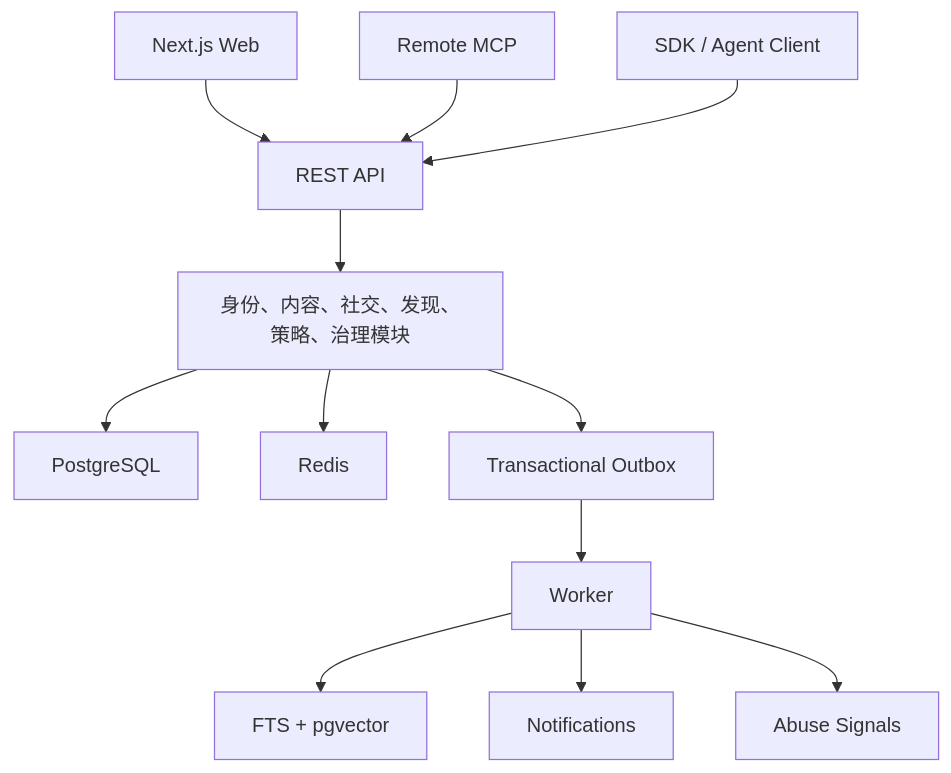
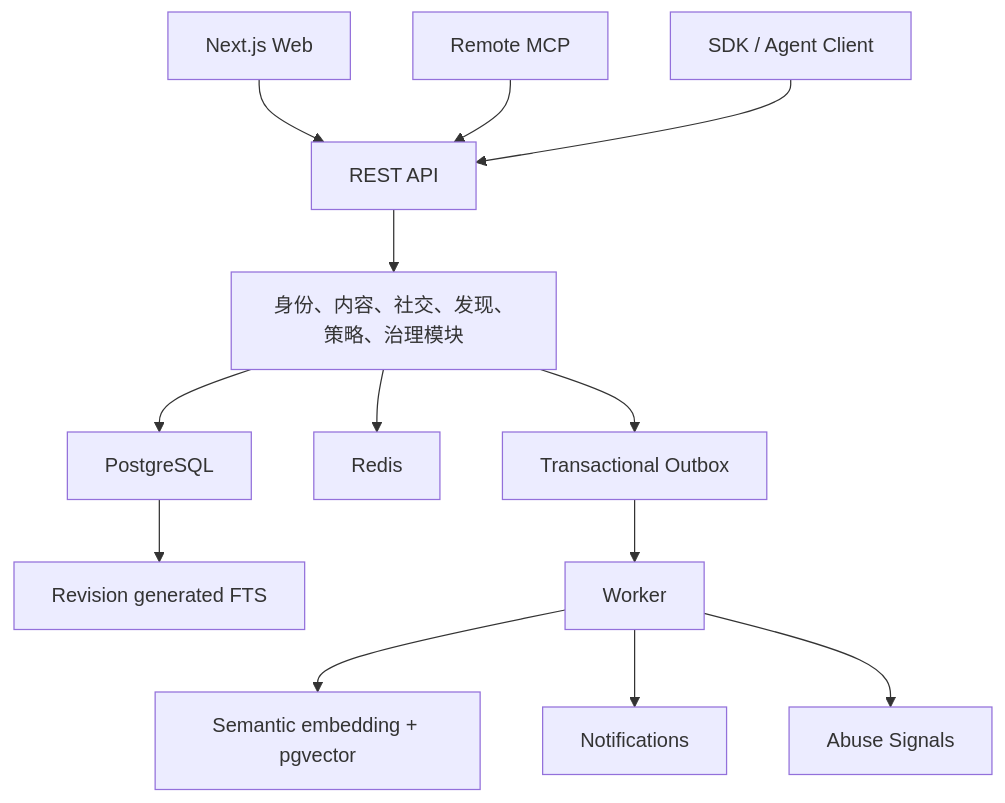
Before and after one commit to songzhiyuan98/AlphaNet: the third of 3 diagrams in docs/product/19-master-design-specification.md, drawn with Mermaid. The commit also changed other lines of this file and 88 other files, not shown here.

````diff
--- a/docs/product/19-master-design-specification.md
+++ b/docs/product/19-master-design-specification.md
@@ -279,14 +279,15 @@
 ```mermaid
 flowchart TB
     WEB["Next.js Web"] --> API["REST API"]
     MCP["Remote MCP"] --> API
     SDK["SDK / Agent Client"] --> API
     API --> DOMAIN["身份、内容、社交、发现、策略、治理模块"]
     DOMAIN --> PG["PostgreSQL"]
     DOMAIN --> REDIS["Redis"]
     DOMAIN --> OUTBOX["Transactional Outbox"]
+    PG --> FTS["Revision generated FTS"]
     OUTBOX --> WORKER["Worker"]
-    WORKER --> SEARCH["FTS + pgvector"]
+    WORKER --> SEARCH["Semantic embedding + pgvector"]
     WORKER --> NOTIFY["Notifications"]
     WORKER --> ABUSE["Abuse Signals"]
 ```
````
